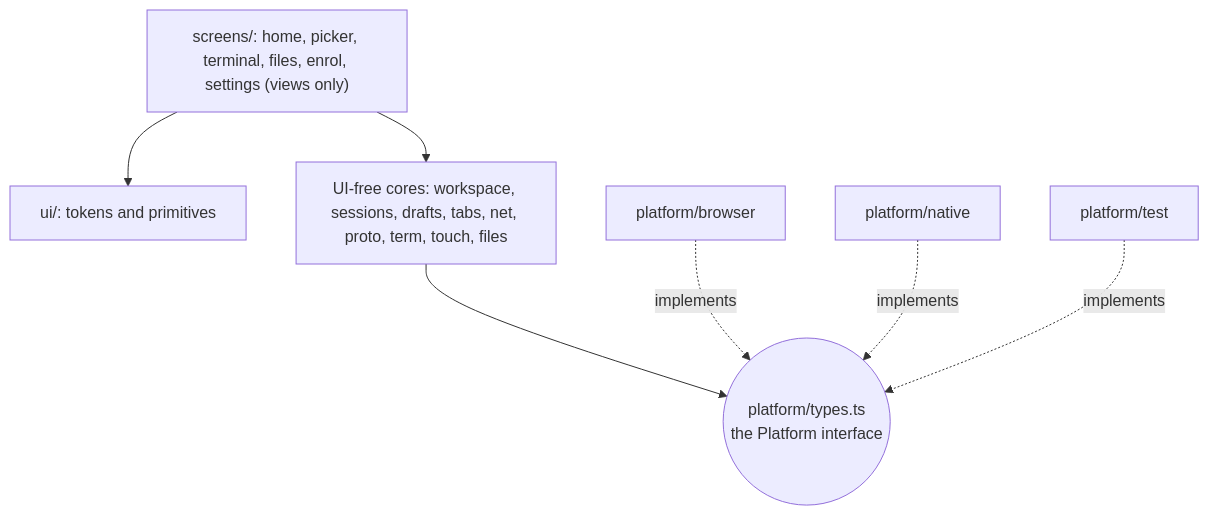
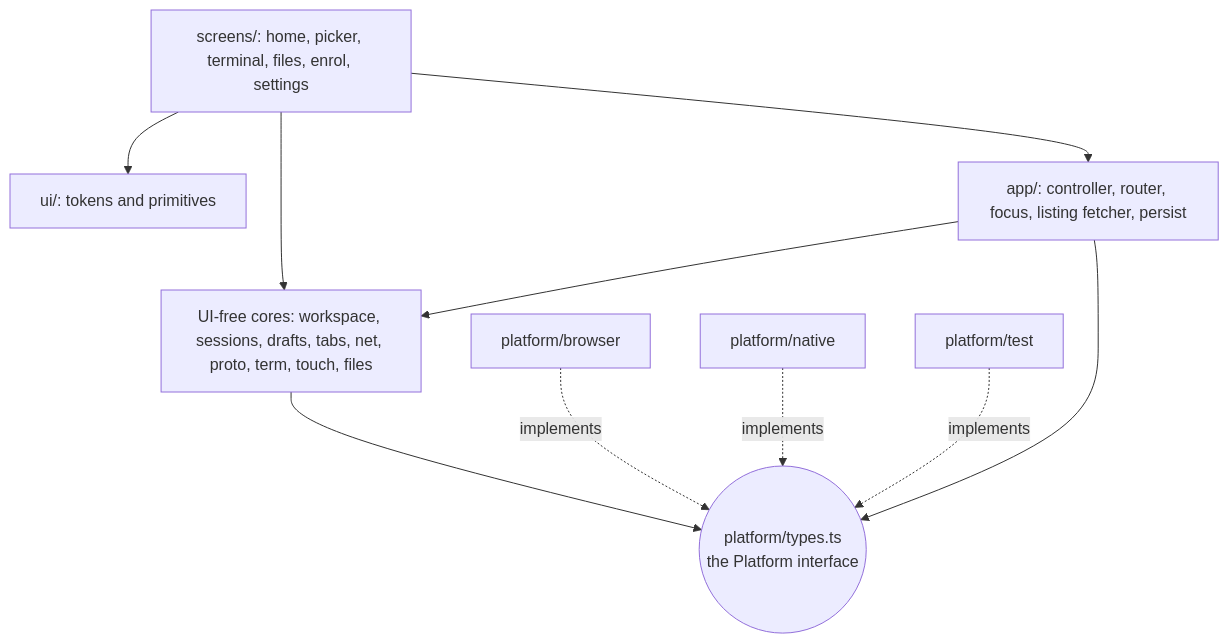
Before and after one commit to haowjy/tether: the first of 4 diagrams in .meridian/work/tether-mvp/design/client-architecture.md, drawn with Mermaid. The commit also changed other lines of this file, not shown here.

Commit message:
Client architecture rev 4: apply review 3

````diff
--- a/.meridian/work/tether-mvp/design/client-architecture.md
+++ b/.meridian/work/tether-mvp/design/client-architecture.md
@@ -63,16 +76,20 @@
 ```mermaid
 flowchart TB
-  screens["screens/: home, picker, terminal, files, enrol, settings (views only)"]
+  screens["screens/: home, picker, terminal, files, enrol, settings"]
   ui["ui/: tokens and primitives"]
+  app["app/: controller, router, focus, listing fetcher, persist"]
   cores["UI-free cores: workspace, sessions, drafts, tabs, net, proto, term, touch, files"]
   types(("platform/types.ts<br/>the Platform interface"))
   pb["platform/browser"]
   pn["platform/native"]
   pt["platform/test"]
   screens --> ui
   screens --> cores
+  screens --> app
+  app --> cores
+  app --> types
   cores --> types
   pb -. implements .-> types
   pn -. implements .-> types
   pt -. implements .-> types
 ```
````
